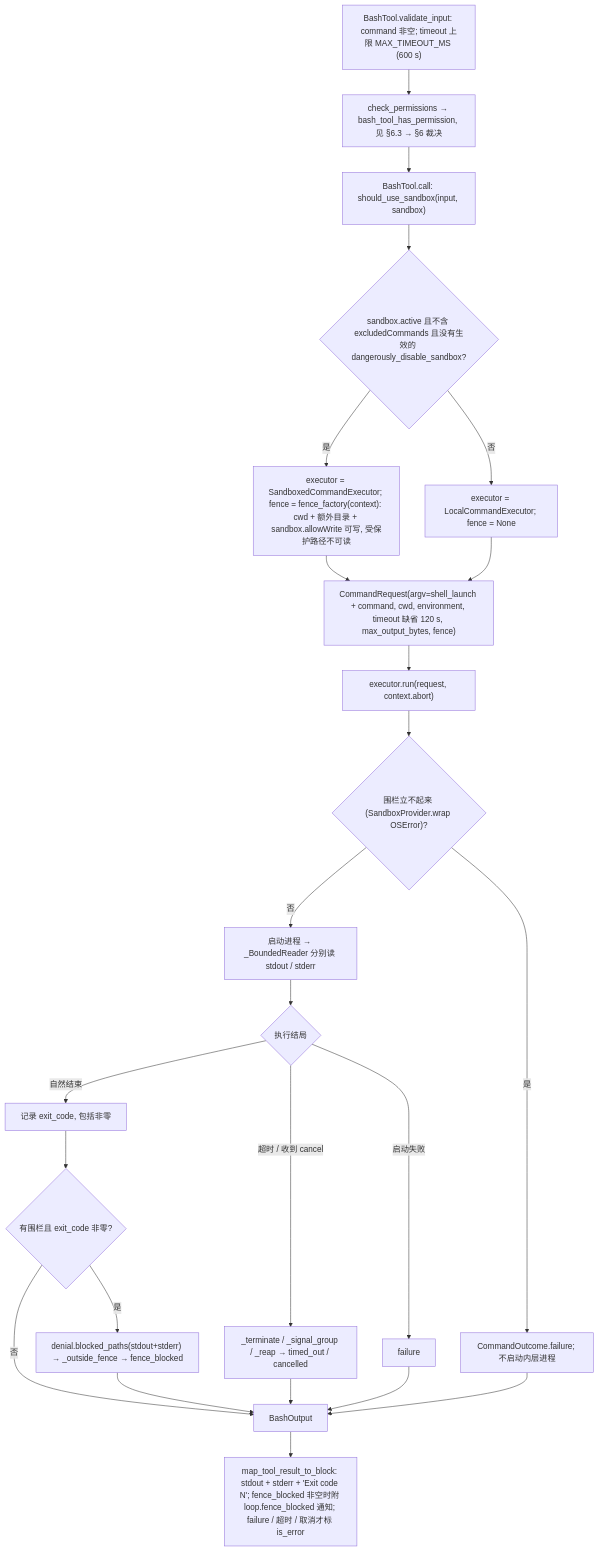
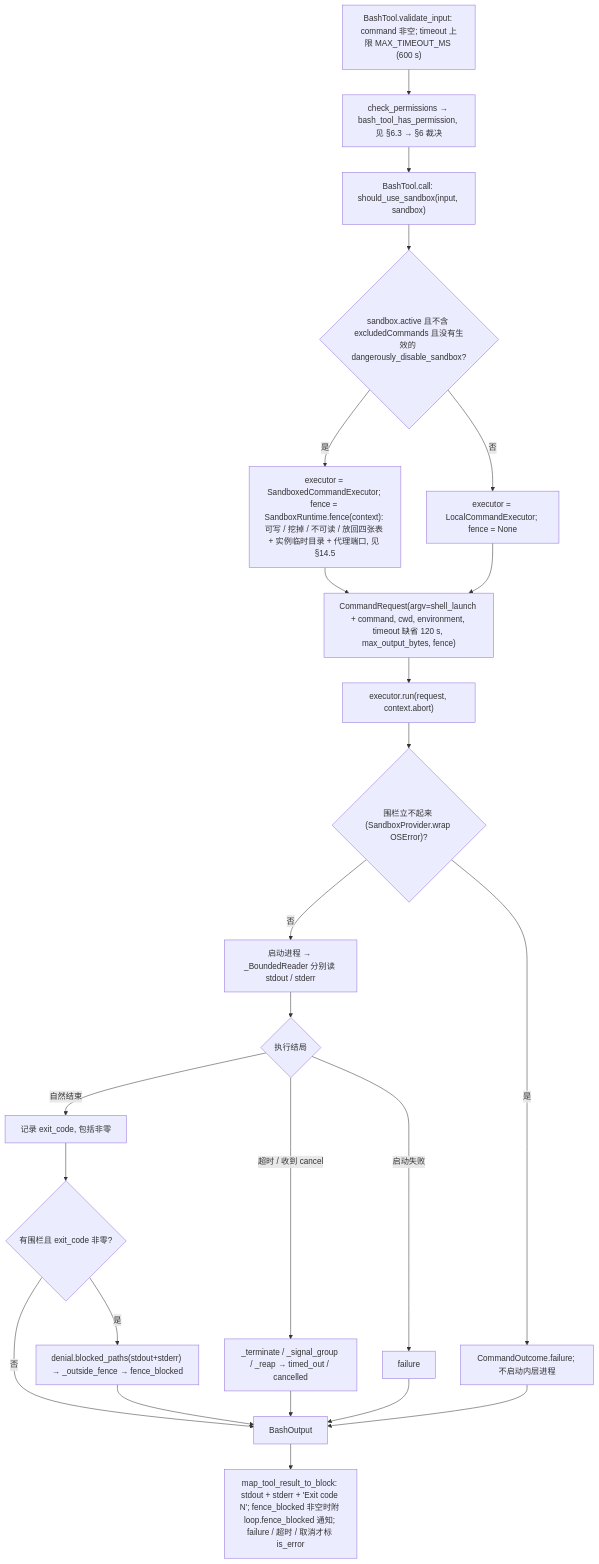
Before and after one commit to qubaolai/ForgeCLI: diagram 30 of 53 in docs/06-代码阅读线路.md, drawn with Mermaid. The commit also changed other lines of this file and 54 other files, not shown here.

````diff
--- a/docs/06-代码阅读线路.md
+++ b/docs/06-代码阅读线路.md
@@ -1302,26 +1296,26 @@
 ```mermaid
 flowchart TD
     A["BashTool.validate_input: command 非空; timeout 上限 MAX_TIMEOUT_MS (600 s)"] --> B["check_permissions → bash_tool_has_permission, 见 §6.3 → §6 裁决"]
     B --> C["BashTool.call: should_use_sandbox(input, sandbox)"]
     C --> D{"sandbox.active 且不含 excludedCommands 且没有生效的 dangerously_disable_sandbox?"}
-    D -->|是| E["executor = SandboxedCommandExecutor; fence = fence_factory(context): cwd + 额外目录 + sandbox.allowWrite 可写, 受保护路径不可读"]
+    D -->|是| E["executor = SandboxedCommandExecutor; fence = SandboxRuntime.fence(context): 可写 / 挖掉 / 不可读 / 放回四张表 + 实例临时目录 + 代理端口, 见 §14.5"]
     D -->|否| F["executor = LocalCommandExecutor; fence = None"]
     E --> G["CommandRequest(argv=shell_launch + command, cwd, environment, timeout 缺省 120 s, max_output_bytes, fence)"]
     F --> G
     G --> H["executor.run(request, context.abort)"]
     H --> I{"围栏立不起来 (SandboxProvider.wrap OSError)?"}
     I -->|是| J["CommandOutcome.failure; 不启动内层进程"]
     I -->|否| K["启动进程 → _BoundedReader 分别读 stdout / stderr"]
     K --> L{"执行结局"}
     L -->|自然结束| M["记录 exit_code, 包括非零"]
     L -->|超时 / 收到 cancel| N["_terminate / _signal_group / _reap → timed_out / cancelled"]
     L -->|启动失败| O["failure"]
     M --> P{"有围栏且 exit_code 非零?"}
     P -->|是| Q["denial.blocked_paths(stdout+stderr) → _outside_fence → fence_blocked"]
     P -->|否| R["BashOutput"]
     Q --> R
     N --> R
     O --> R
     J --> R
     R --> S["map_tool_result_to_block: stdout + stderr + 'Exit code N'; fence_blocked 非空时附 loop.fence_blocked 通知; failure / 超时 / 取消才标 is_error"]
 ```
````
